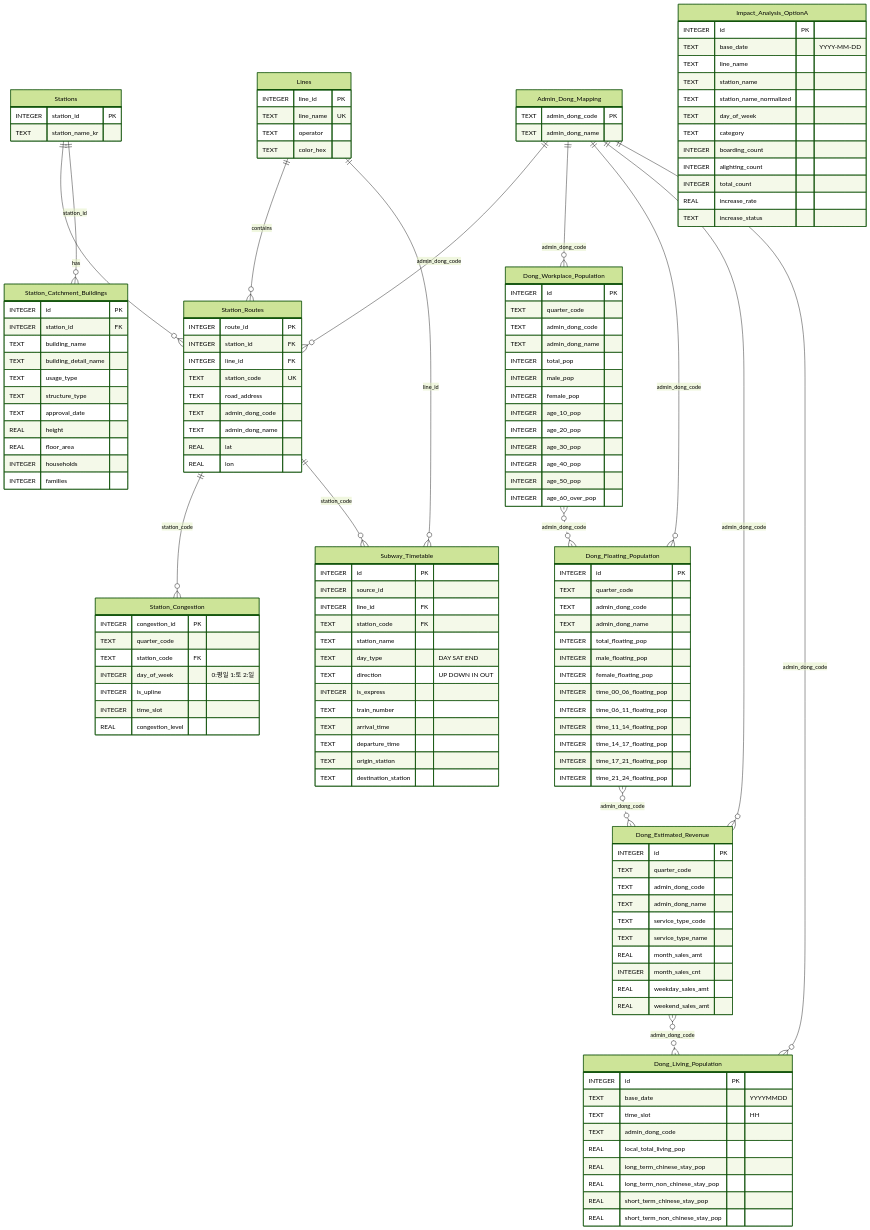
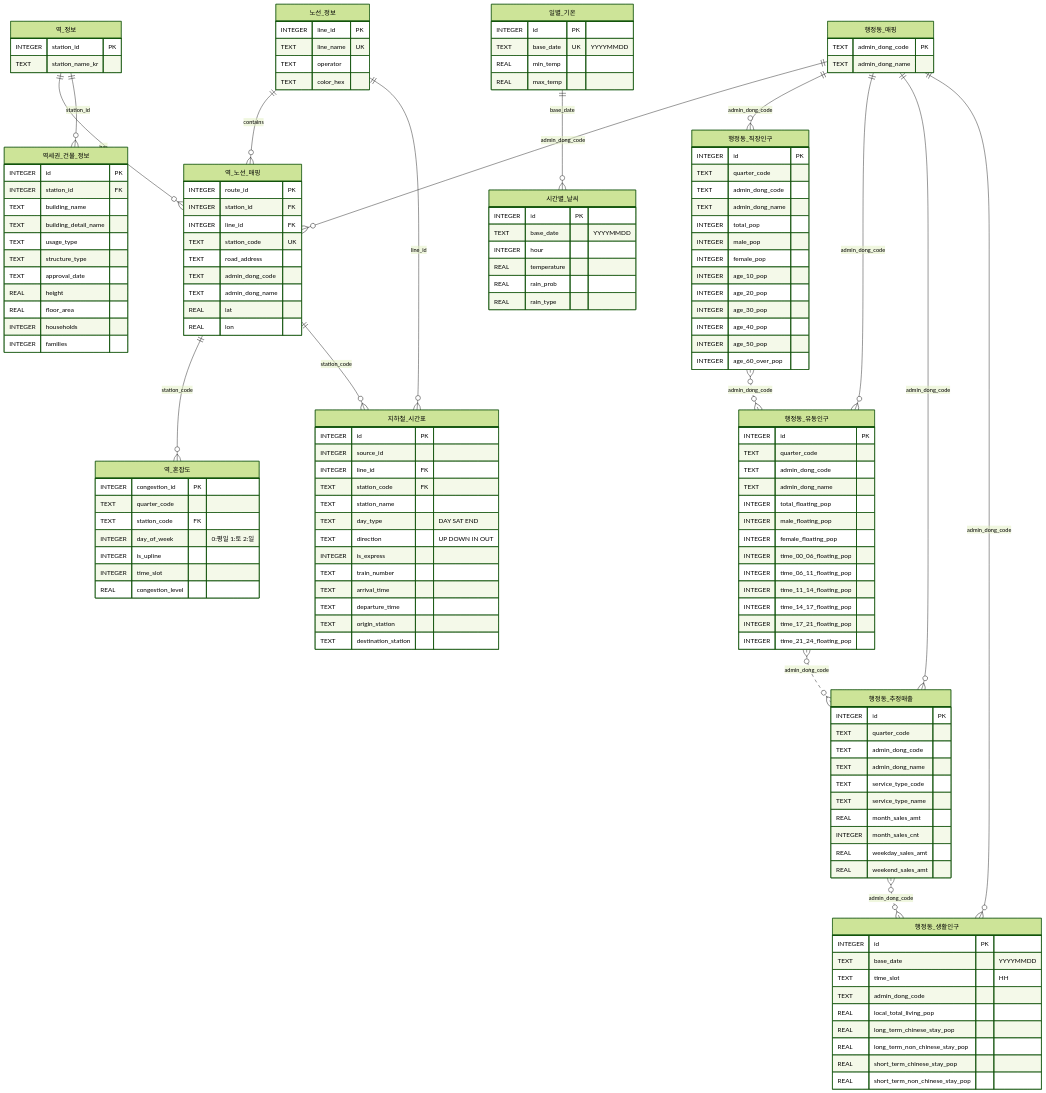
The diagram in docs/erd.md (yeiloow/subway-congestion-analysis), drawn with Mermaid (forest theme) before and after one commit. The commit also changed other lines of this file and 4 other files, not shown here.

````diff
--- a/docs/erd.md
+++ b/docs/erd.md
@@ -5,19 +5,19 @@
 ```mermaid
 erDiagram
     %% ===== 역/노선 관련 테이블 =====
-    Stations {
+    역_정보 {
         INTEGER station_id PK
         TEXT station_name_kr
     }
 
-    Lines {
+    노선_정보 {
         INTEGER line_id PK
         TEXT line_name UK
         TEXT operator
         TEXT color_hex
     }
 
-    Station_Routes {
+    역_노선_매핑 {
         INTEGER route_id PK
         INTEGER station_id FK
         INTEGER line_id FK
@@ -29,7 +29,7 @@
         REAL lon
     }
 
-    Station_Congestion {
+    역_혼잡도 {
         INTEGER congestion_id PK
         TEXT quarter_code
         TEXT station_code FK
@@ -39,7 +39,7 @@
         REAL congestion_level
     }
 
-    Station_Catchment_Buildings {
+    역세권_건물_정보 {
         INTEGER id PK
         INTEGER station_id FK
         TEXT building_name
@@ -54,12 +54,12 @@
     }
 
     %% ===== 행정동 관련 테이블 =====
-    Admin_Dong_Mapping {
+    행정동_매핑 {
         TEXT admin_dong_code PK
         TEXT admin_dong_name
     }
 
-    Dong_Workplace_Population {
+    행정동_직장인구 {
         INTEGER id PK
         TEXT quarter_code
         TEXT admin_dong_code
@@ -75,7 +75,7 @@
         INTEGER age_60_over_pop
     }
 
-    Dong_Floating_Population {
+    행정동_유동인구 {
         INTEGER id PK
         TEXT quarter_code
         TEXT admin_dong_code
@@ -91,7 +91,7 @@
         INTEGER time_21_24_floating_pop
     }
 
-    Dong_Estimated_Revenue {
+    행정동_추정매출 {
         INTEGER id PK
         TEXT quarter_code
         TEXT admin_dong_code
@@ -104,7 +104,7 @@
         REAL weekend_sales_amt
     }
 
-    Dong_Living_Population {
+    행정동_생활인구 {
         INTEGER id PK
         TEXT base_date "YYYYMMDD"
         TEXT time_slot "HH"
@@ -117,7 +117,7 @@
     }
 
     %% ===== 열차/분석 테이블 =====
-    Subway_Timetable {
+    지하철_시간표 {
         INTEGER id PK
         INTEGER source_id
         INTEGER line_id FK
@@ -133,40 +133,44 @@
         TEXT destination_station
     }
 
-    Impact_Analysis_OptionA {
+    일별_기온 {
         INTEGER id PK
-        TEXT base_date "YYYY-MM-DD"
-        TEXT line_name
-        TEXT station_name
-        TEXT station_name_normalized
-        TEXT day_of_week
-        TEXT category
-        INTEGER boarding_count
-        INTEGER alighting_count
-        INTEGER total_count
-        REAL increase_rate
-        TEXT increase_status
+        TEXT base_date UK "YYYYMMDD"
+        REAL min_temp
+        REAL max_temp
     }
 
+    시간별_날씨 {
+        INTEGER id PK
+        TEXT base_date "YYYYMMDD"
+        INTEGER hour
+        REAL temperature
+        REAL rain_prob
+        REAL rain_type
+    }
+
+    %% 날짜 기반 논리적 연결
+    일별_기온 ||--o{ 시간별_날씨 : "base_date"
+
     %% ===== 관계 정의 =====
-    Stations ||--o{ Station_Routes : "has"
-    Lines ||--o{ Station_Routes : "contains"
-    Station_Routes ||--o{ Station_Congestion : "station_code"
-    Stations ||--o{ Station_Catchment_Buildings : "station_id"
+    역_정보 ||--o{ 역_노선_매핑 : "has"
+    노선_정보 ||--o{ 역_노선_매핑 : "contains"
+    역_노선_매핑 ||--o{ 역_혼잡도 : "station_code"
+    역_정보 ||--o{ 역세권_건물_정보 : "station_id"
 
     %% Subway_Timetable 연결
-    Station_Routes ||--o{ Subway_Timetable : "station_code"
-    Lines ||--o{ Subway_Timetable : "line_id"
+    역_노선_매핑 ||--o{ 지하철_시간표 : "station_code"
+    노선_정보 ||--o{ 지하철_시간표 : "line_id"
 
     %% Admin_Dong_Mapping 연결
-    Admin_Dong_Mapping ||--o{ Station_Routes : "admin_dong_code"
-    Admin_Dong_Mapping ||--o{ Dong_Workplace_Population : "admin_dong_code"
-    Admin_Dong_Mapping ||--o{ Dong_Floating_Population : "admin_dong_code"
-    Admin_Dong_Mapping ||--o{ Dong_Estimated_Revenue : "admin_dong_code"
-    Admin_Dong_Mapping ||--o{ Dong_Living_Population : "admin_dong_code"
+    행정동_매핑 ||--o{ 역_노선_매핑 : "admin_dong_code"
+    행정동_매핑 ||--o{ 행정동_직장인구 : "admin_dong_code"
+    행정동_매핑 ||--o{ 행정동_유동인구 : "admin_dong_code"
+    행정동_매핑 ||--o{ 행정동_추정매출 : "admin_dong_code"
+    행정동_매핑 ||--o{ 행정동_생활인구 : "admin_dong_code"
 
     %% Dong 테이블 간 논리적 연결
-    Dong_Workplace_Population }o..o{ Dong_Floating_Population : "admin_dong_code"
-    Dong_Floating_Population }o..o{ Dong_Estimated_Revenue : "admin_dong_code"
-    Dong_Estimated_Revenue }o..o{ Dong_Living_Population : "admin_dong_code"
+    행정동_직장인구 }o..o{ 행정동_유동인구 : "admin_dong_code"
+    행정동_유동인구 }o..o{ 행정동_추정매출 : "admin_dong_code"
+    행정동_추정매출 }o..o{ 행정동_생활인구 : "admin_dong_code"
 ```
````
